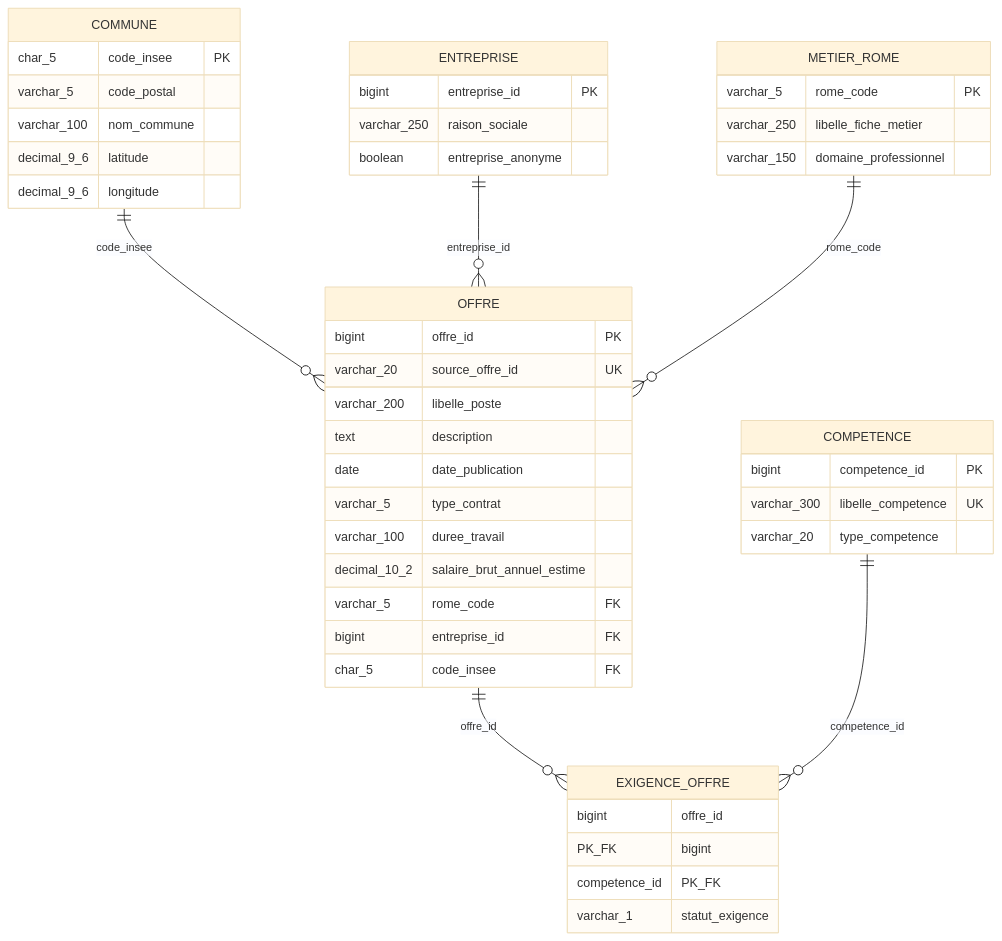
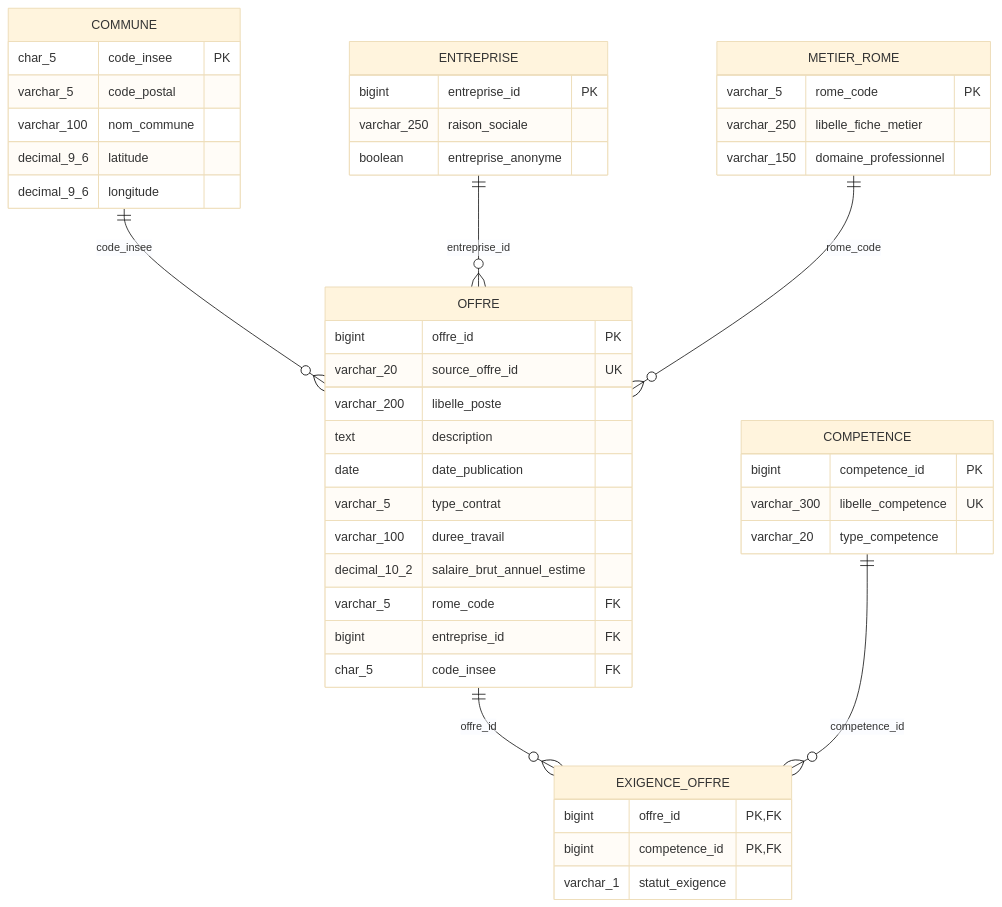
Before and after one commit to ArashiNilou/TP_Cours_Audit_Cartographie_SQL: the diagram in docs/data-model/mld.mmd, drawn with Mermaid (base theme). The commit also changed 27 other files, not shown here.

```diff
--- a/docs/data-model/mld.mmd
+++ b/docs/data-model/mld.mmd
@@ -1,48 +1,48 @@
 %% MLD - domaine Emploi/marche du travail (voir README.md section 5 pour le detail)
 erDiagram
     COMMUNE ||--o{ OFFRE : "code_insee"
     ENTREPRISE ||--o{ OFFRE : "entreprise_id"
     METIER_ROME ||--o{ OFFRE : "rome_code"
     OFFRE ||--o{ EXIGENCE_OFFRE : "offre_id"
     COMPETENCE ||--o{ EXIGENCE_OFFRE : "competence_id"
 
     COMMUNE {
         char_5 code_insee PK
         varchar_5 code_postal
         varchar_100 nom_commune
         decimal_9_6 latitude
         decimal_9_6 longitude
     }
     ENTREPRISE {
         bigint entreprise_id PK
         varchar_250 raison_sociale
         boolean entreprise_anonyme
     }
     METIER_ROME {
         varchar_5 rome_code PK
         varchar_250 libelle_fiche_metier
         varchar_150 domaine_professionnel
     }
     OFFRE {
         bigint offre_id PK
         varchar_20 source_offre_id UK
         varchar_200 libelle_poste
         text description
         date date_publication
         varchar_5 type_contrat
         varchar_100 duree_travail
         decimal_10_2 salaire_brut_annuel_estime
         varchar_5 rome_code FK
         bigint entreprise_id FK
         char_5 code_insee FK
     }
     COMPETENCE {
         bigint competence_id PK
         varchar_300 libelle_competence UK
         varchar_20 type_competence
     }
     EXIGENCE_OFFRE {
-        bigint offre_id PK_FK
-        bigint competence_id PK_FK
+        bigint offre_id PK, FK
+        bigint competence_id PK, FK
         varchar_1 statut_exigence
     }
```
